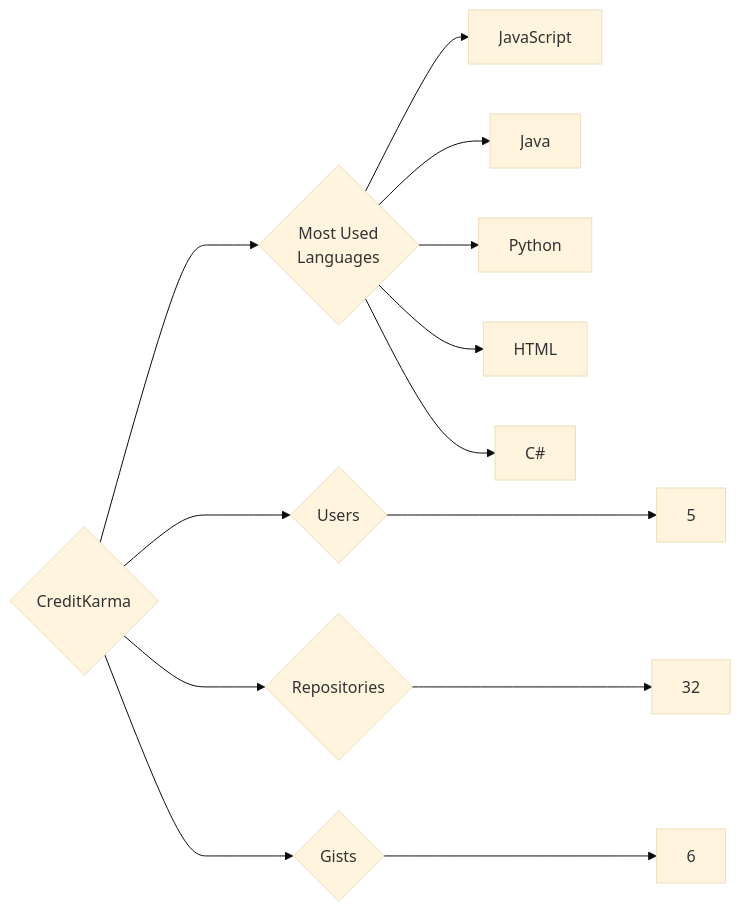
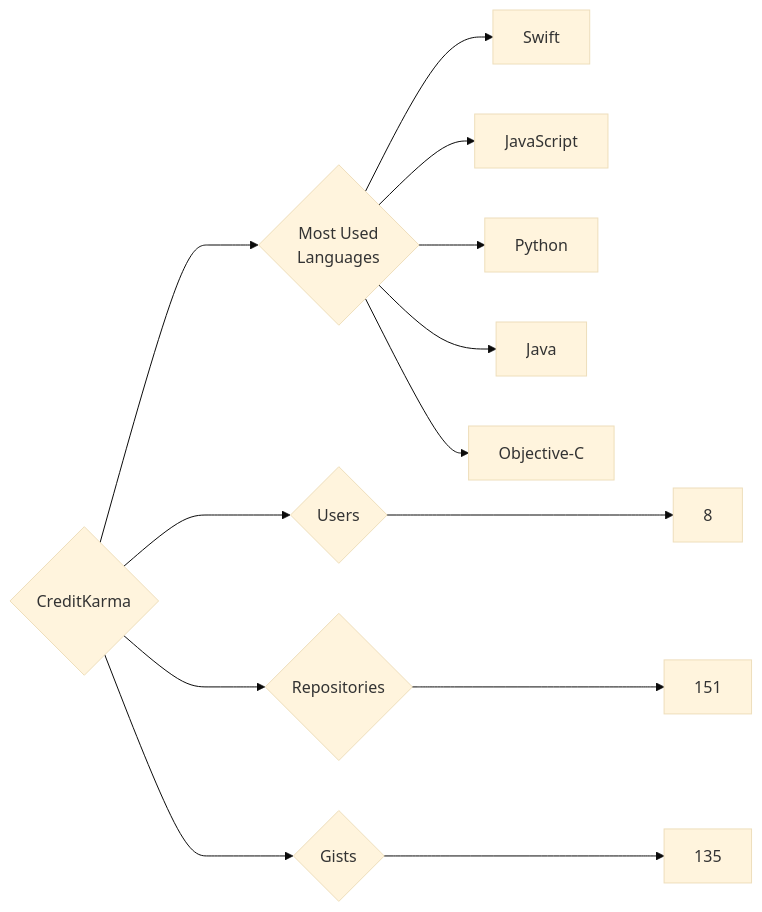
One commit to trickest/insiders changed the diagram in targets/CreditKarma/README.md. Above: the diagram before and after it, drawn with Mermaid (base theme). The commit also changed 1175 other files, not shown here.

````diff
--- a/targets/CreditKarma/README.md
+++ b/targets/CreditKarma/README.md
@@ -3,13 +3,13 @@
 ```mermaid
 graph LR
 COMPANY_NAME{CreditKarma}
-COMPANY_NAME ---> U{Users} ---> UN[5]
-COMPANY_NAME ---> R{Repositories} ---> RN[32]
-COMPANY_NAME ---> G{Gists} ---> GN[6]
+COMPANY_NAME ---> U{Users} ---> UN[8]
+COMPANY_NAME ---> R{Repositories} ---> RN[151]
+COMPANY_NAME ---> G{Gists} ---> GN[135]
 COMPANY_NAME ---> ML{Most Used<br>Languages}
+ML --> Swift[Swift]
 ML --> JavaScript[JavaScript]
+ML --> Python[Python]
 ML --> Java[Java]
-ML --> Python[Python]
-ML --> HTML[HTML]
-ML --> C#[C#]
+ML --> Objective-C[Objective-C]
 ```
````
